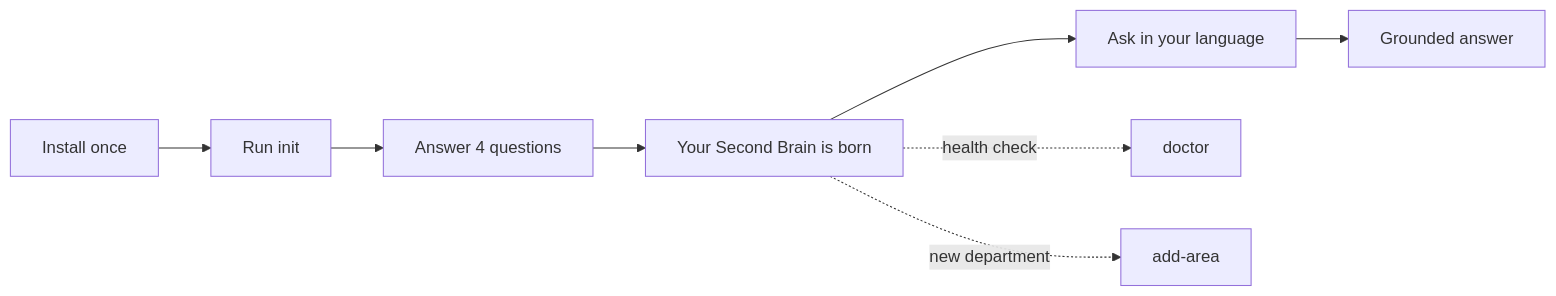
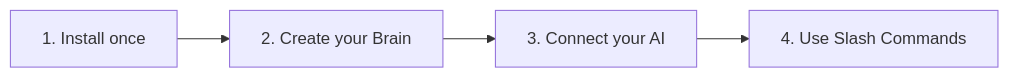
The diagram in README.md (CarlosLeonCode/clc-copilot-brain), drawn with Mermaid before and after one commit. The commit also changed other lines of this file and 7 other files, not shown here.

First line of the commit message:
docs: add architecture decision records and align docs with the code

````diff
--- a/README.md
+++ b/README.md
@@ -65,10 +33,6 @@
 ```mermaid
 flowchart LR
-    A[Install once] --> B[Run init]
-    B --> C[Answer 4 questions]
-    C --> D[Your Second Brain is born]
-    D --> E[Ask in your language]
-    E --> F[Grounded answer]
-    D -. health check .-> G[doctor]
-    D -. new department .-> H[add-area]
+    A["1. Install once"] --> B["2. Create your Brain"]
+    B --> C["3. Connect your AI"]
+    C --> D["4. Use Slash Commands"]
 ```
````
